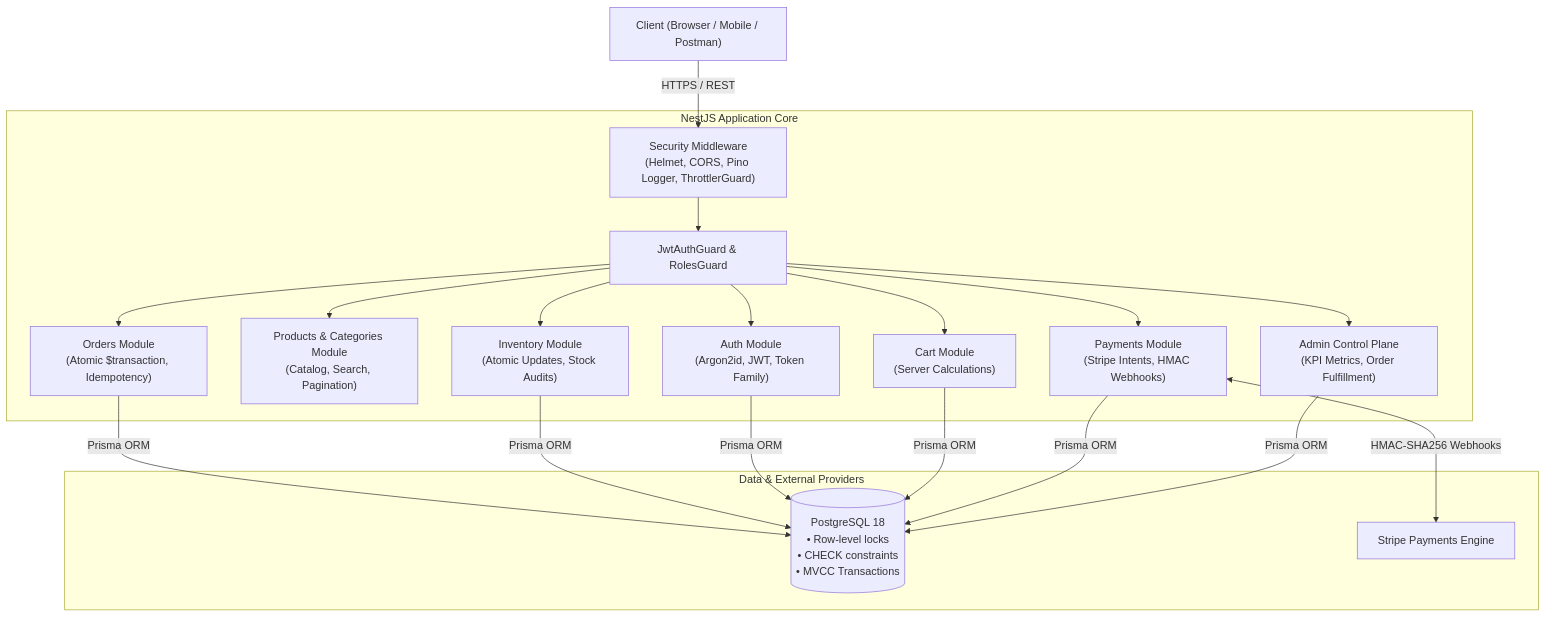
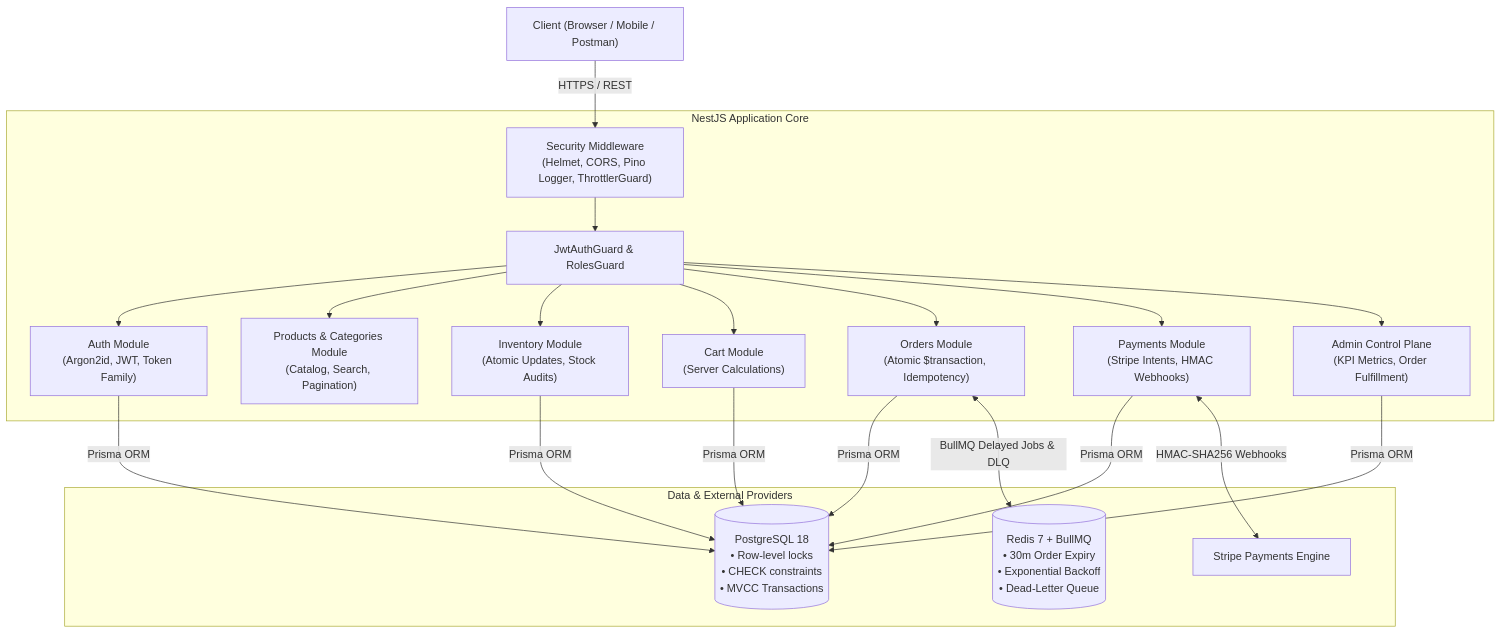
The first of 3 diagrams in README.md (baobacluc3/e-commerce-nestjs-v1), drawn with Mermaid before and after one commit. The commit also changed other lines of this file and 20 other files, not shown here.

Commit message:
feat(phase-13): implement async backbone with order expiration queue

````diff
--- a/README.md
+++ b/README.md
@@ -31,27 +31,28 @@
 ```mermaid
 flowchart TD
     Client["Client (Browser / Mobile / Postman)"] -->|"HTTPS / REST"| SecurityLayer["Security Middleware<br/>(Helmet, CORS, Pino Logger, ThrottlerGuard)"]
     
     subgraph "NestJS Application Core"
         SecurityLayer --> AuthGuard["JwtAuthGuard & RolesGuard"]
         
         AuthGuard --> AuthModule["Auth Module<br/>(Argon2id, JWT, Token Family)"]
         AuthGuard --> ProductsModule["Products & Categories Module<br/>(Catalog, Search, Pagination)"]
         AuthGuard --> InventoryModule["Inventory Module<br/>(Atomic Updates, Stock Audits)"]
         AuthGuard --> CartModule["Cart Module<br/>(Server Calculations)"]
         AuthGuard --> OrdersModule["Orders Module<br/>(Atomic $transaction, Idempotency)"]
         AuthGuard --> PaymentsModule["Payments Module<br/>(Stripe Intents, HMAC Webhooks)"]
         AuthGuard --> AdminModule["Admin Control Plane<br/>(KPI Metrics, Order Fulfillment)"]
     end
     
     subgraph "Data & External Providers"
         OrdersModule -->|"Prisma ORM"| Postgres[("PostgreSQL 18<br/>• Row-level locks<br/>• CHECK constraints<br/>• MVCC Transactions")]
         InventoryModule -->|"Prisma ORM"| Postgres
         AuthModule -->|"Prisma ORM"| Postgres
         CartModule -->|"Prisma ORM"| Postgres
         PaymentsModule -->|"Prisma ORM"| Postgres
         AdminModule -->|"Prisma ORM"| Postgres
         
         PaymentsModule <-->|"HMAC-SHA256 Webhooks"| Stripe["Stripe Payments Engine"]
+        OrdersModule <-->|"BullMQ Delayed Jobs & DLQ"| Redis[("Redis 7 + BullMQ<br/>• 30m Order Expiry<br/>• Exponential Backoff<br/>• Dead-Letter Queue")]
     end
 ```
````
